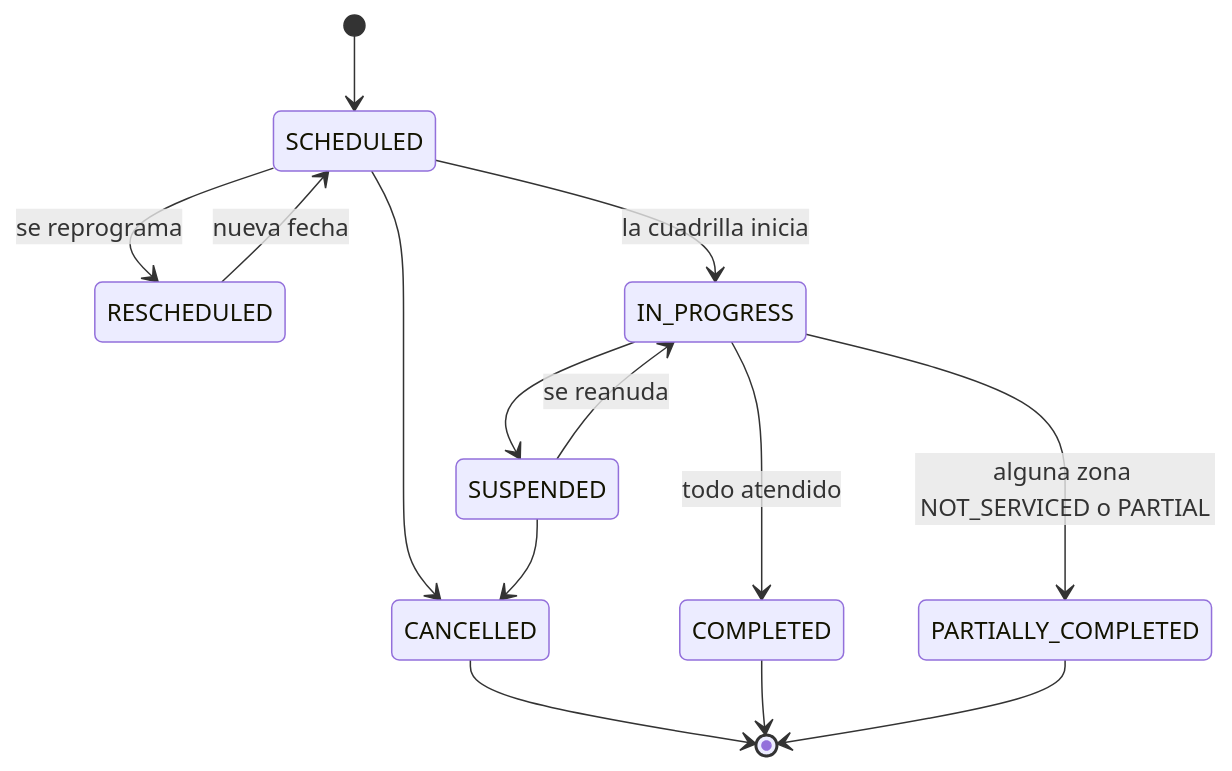
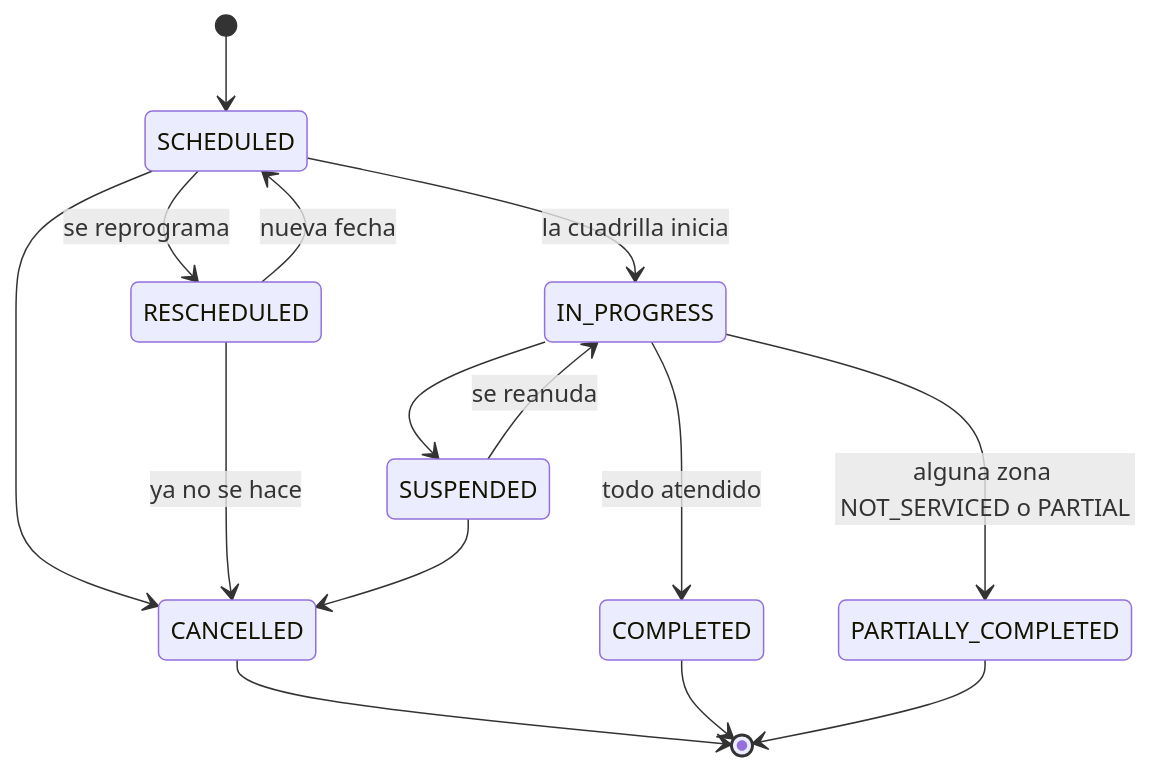
The diagram in docs/backend-context/entidades/service.md (hllous/Frontend-M6-DAPS2), drawn with Mermaid before and after one commit. The commit also changed other lines of this file and 506 other files, not shown here.

````diff
--- a/docs/backend-context/entidades/service.md
+++ b/docs/backend-context/entidades/service.md
@@ -35,16 +35,17 @@
 ```mermaid
 stateDiagram-v2
     [*] --> SCHEDULED
     SCHEDULED --> CANCELLED
     SCHEDULED --> RESCHEDULED : se reprograma
     RESCHEDULED --> SCHEDULED : nueva fecha
+    RESCHEDULED --> CANCELLED : ya no se hace
     SCHEDULED --> IN_PROGRESS : la cuadrilla inicia
     IN_PROGRESS --> SUSPENDED
     SUSPENDED --> IN_PROGRESS : se reanuda
     SUSPENDED --> CANCELLED
     IN_PROGRESS --> COMPLETED : todo atendido
     IN_PROGRESS --> PARTIALLY_COMPLETED : alguna zona NOT_SERVICED o PARTIAL
     CANCELLED --> [*]
     COMPLETED --> [*]
     PARTIALLY_COMPLETED --> [*]
 ```
````
